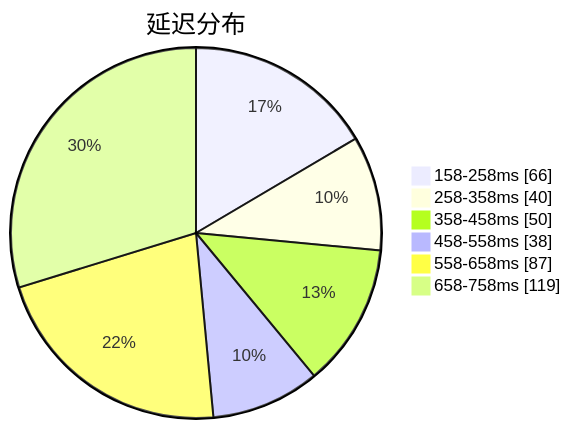
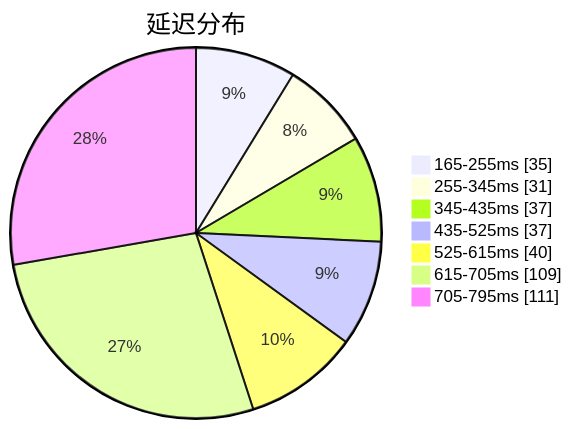
Before and after one commit to qjlxg/airport: the first of 3 diagrams in subs/statistics/tested_within.md, drawn with Mermaid. The commit also changed other lines of this file and 2 other files, not shown here.

````diff
--- a/subs/statistics/tested_within.md
+++ b/subs/statistics/tested_within.md
@@ -2,10 +2,11 @@
 ```mermaid
 pie showData
 title 延迟分布
-"158-258ms" : 66
-"258-358ms" : 40
-"358-458ms" : 50
-"458-558ms" : 38
-"558-658ms" : 87
-"658-758ms" : 119
+"165-255ms" : 35
+"255-345ms" : 31
+"345-435ms" : 37
+"435-525ms" : 37
+"525-615ms" : 40
+"615-705ms" : 109
+"705-795ms" : 111
 ```
````
